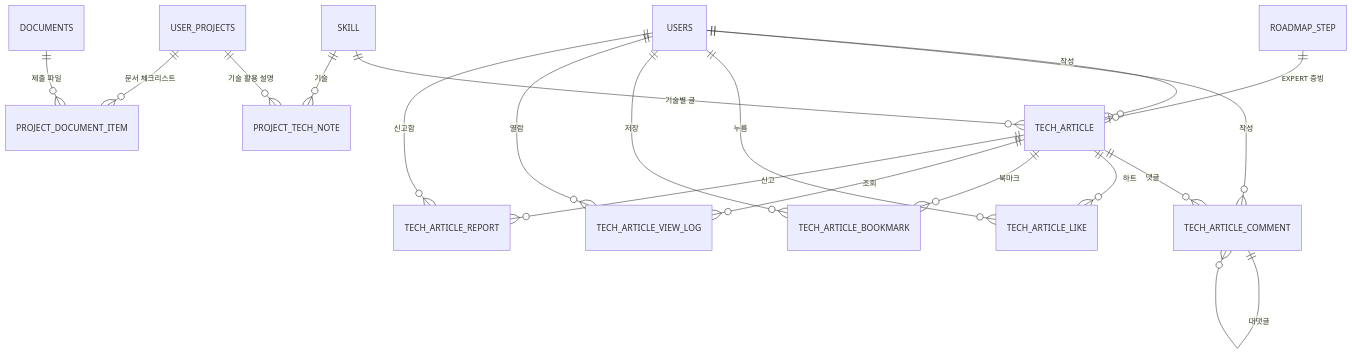
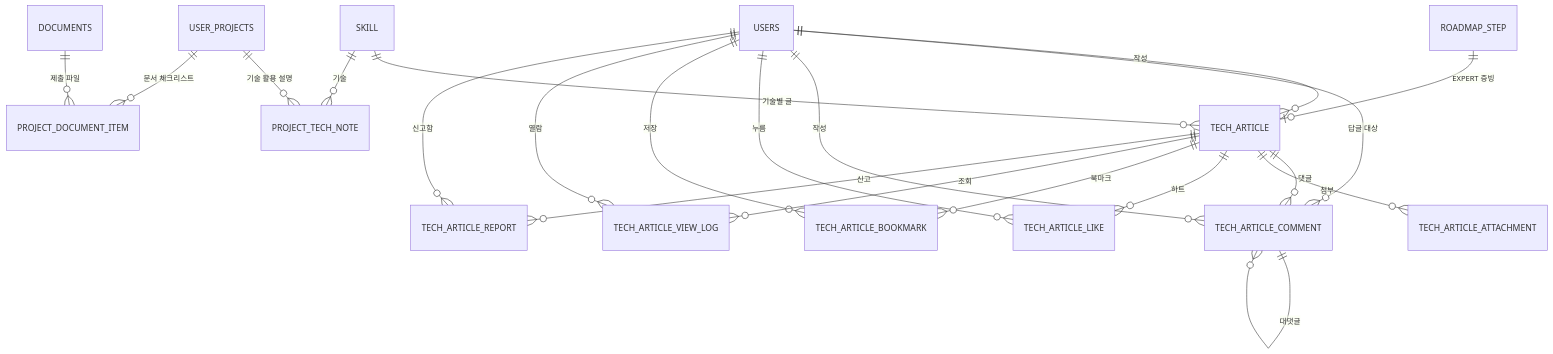
The third of 3 diagrams in docs/db-design.md (donggyun0905-ai/donggyun0905-ai-project02), drawn with Mermaid before and after one commit. The commit also changed other lines of this file and 30 other files, not shown here.

First line of the commit message:
feat: 스펙 아카이브 — 상위 티어 팁 게시판 (TECH_ARTICLE 재사용)

````diff
--- a/docs/db-design.md
+++ b/docs/db-design.md
@@ -97,21 +97,23 @@
 ```mermaid
 erDiagram
     USERS ||--o{ TECH_ARTICLE : "작성"
     SKILL ||--o{ TECH_ARTICLE : "기술별 글"
     ROADMAP_STEP ||--o| TECH_ARTICLE : "EXPERT 증빙"
     TECH_ARTICLE ||--o{ TECH_ARTICLE_COMMENT : "댓글"
+    TECH_ARTICLE ||--o{ TECH_ARTICLE_ATTACHMENT : "첨부"
+    USERS ||--o{ TECH_ARTICLE_COMMENT : "답글 대상"
     TECH_ARTICLE_COMMENT ||--o{ TECH_ARTICLE_COMMENT : "대댓글"
     USERS ||--o{ TECH_ARTICLE_COMMENT : "작성"
     TECH_ARTICLE ||--o{ TECH_ARTICLE_LIKE : "하트"
     USERS ||--o{ TECH_ARTICLE_LIKE : "누름"
     TECH_ARTICLE ||--o{ TECH_ARTICLE_BOOKMARK : "북마크"
     USERS ||--o{ TECH_ARTICLE_BOOKMARK : "저장"
     TECH_ARTICLE ||--o{ TECH_ARTICLE_VIEW_LOG : "조회"
     USERS ||--o{ TECH_ARTICLE_VIEW_LOG : "열람"
     TECH_ARTICLE ||--o{ TECH_ARTICLE_REPORT : "신고"
     USERS ||--o{ TECH_ARTICLE_REPORT : "신고함"
     USER_PROJECTS ||--o{ PROJECT_TECH_NOTE : "기술 활용 설명"
     SKILL ||--o{ PROJECT_TECH_NOTE : "기술"
     USER_PROJECTS ||--o{ PROJECT_DOCUMENT_ITEM : "문서 체크리스트"
     DOCUMENTS ||--o{ PROJECT_DOCUMENT_ITEM : "제출 파일"
 ```
````
